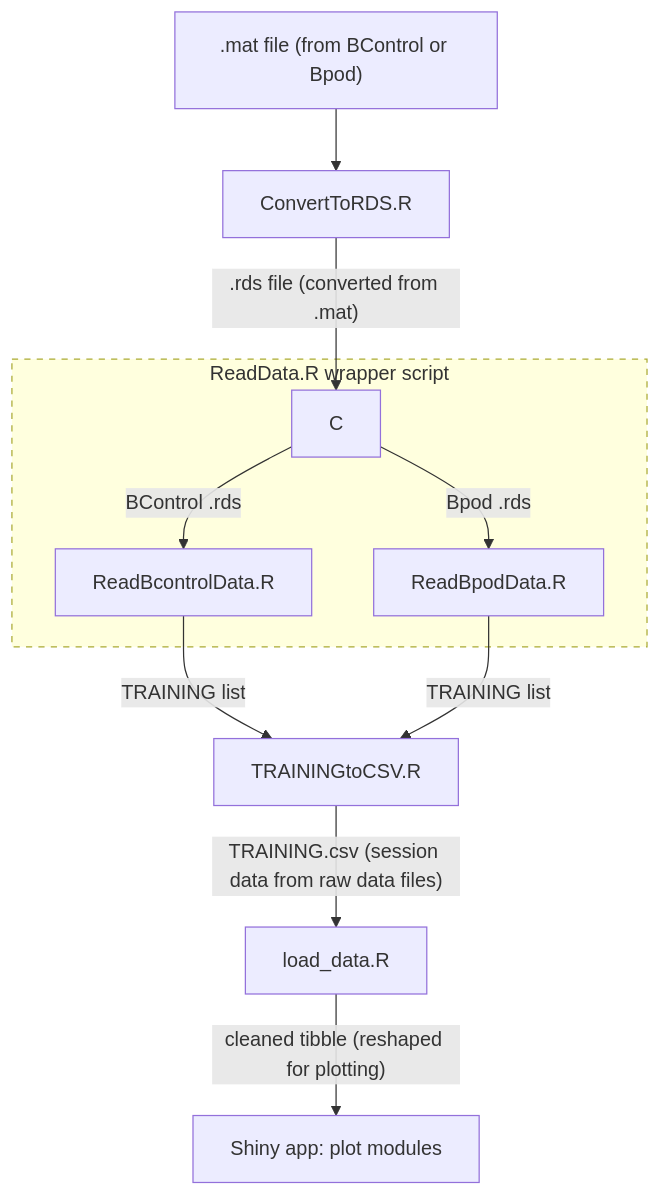
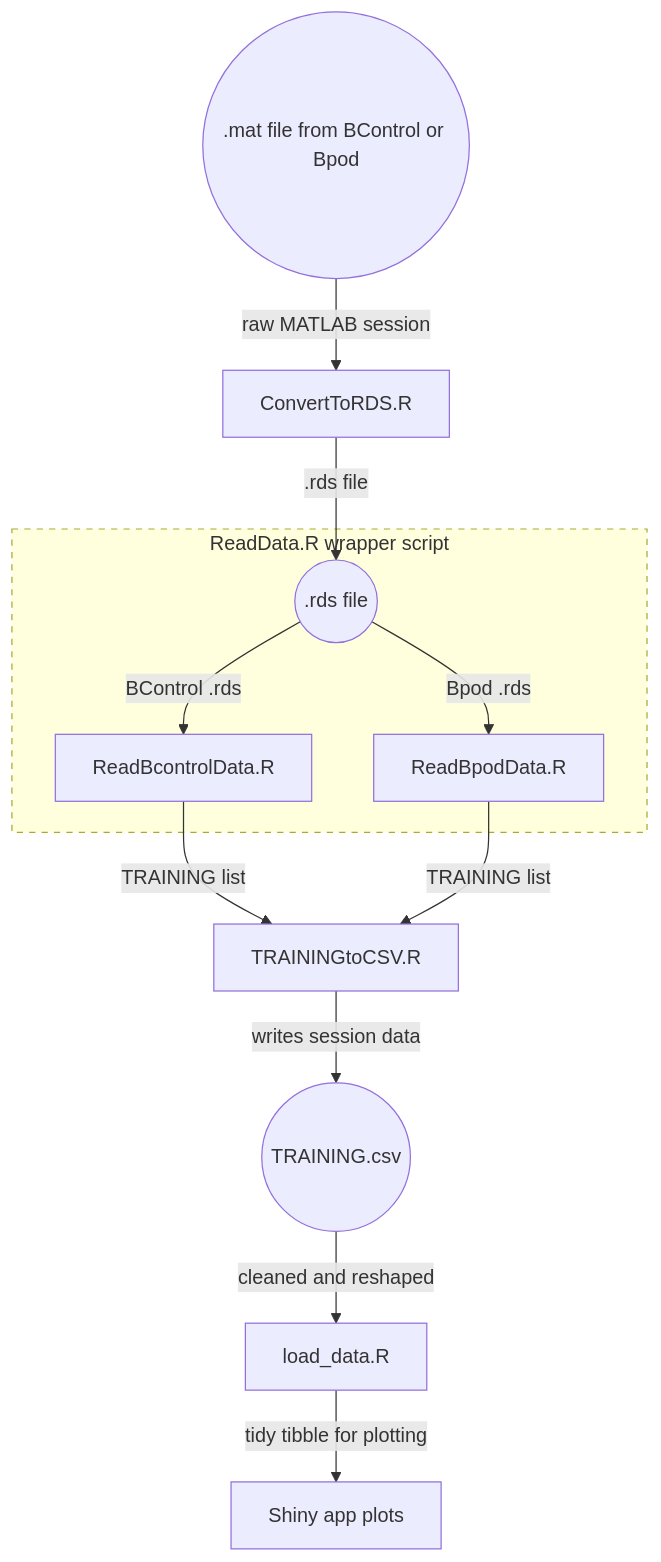
Before and after one commit to LIMLabSWC/shiny-performance-tracking: the diagram in docs/architecture.md, drawn with Mermaid.

Commit message:
update mermaid graph

````diff
--- a/docs/architecture.md
+++ b/docs/architecture.md
@@ -25,25 +25,24 @@
 ```mermaid
 graph TD
 
   %% Step 1: file input
-  A[".mat file (from BControl or Bpod)"] --> B[ConvertToRDS.R]
-  B -->|".rds file (converted from .mat)"| C
+  A((.mat file from BControl or Bpod)) -->|raw MATLAB session| B[ConvertToRDS.R]
+  B -->|.rds file| C((.rds file))
 
-  %% Step 2: ReadData.R dispatch logic
-  subgraph ReadData [ReadData.R wrapper script]
-    style ReadData stroke-dasharray: 5 5
+  %% Step 2: ReadData dispatch logic
+  subgraph ReadDataWrapper [ReadData.R wrapper script]
+    style ReadDataWrapper stroke-dasharray: 5 5
     C -->|BControl .rds| D[ReadBcontrolData.R]
     C -->|Bpod .rds| E[ReadBpodData.R]
   end
 
-  %% Step 3: Output to CSV
+  %% Step 3: CSV writing
   D -->|TRAINING list| F[TRAININGtoCSV.R]
   E -->|TRAINING list| F
-  F -->|"TRAINING.csv (session data from raw data files)"| G[load_data.R]
+  F -->|writes session data| G((TRAINING.csv))
 
-  %% Step 4: Shiny pipeline
-  G -->|"cleaned tibble (reshaped for plotting)"| H[Shiny app: plot modules]
-
-
+  %% Step 4: visualization
+  G -->|cleaned and reshaped| H[load_data.R]
+  H -->|tidy tibble for plotting| I[Shiny app plots]
 
 ```
````
